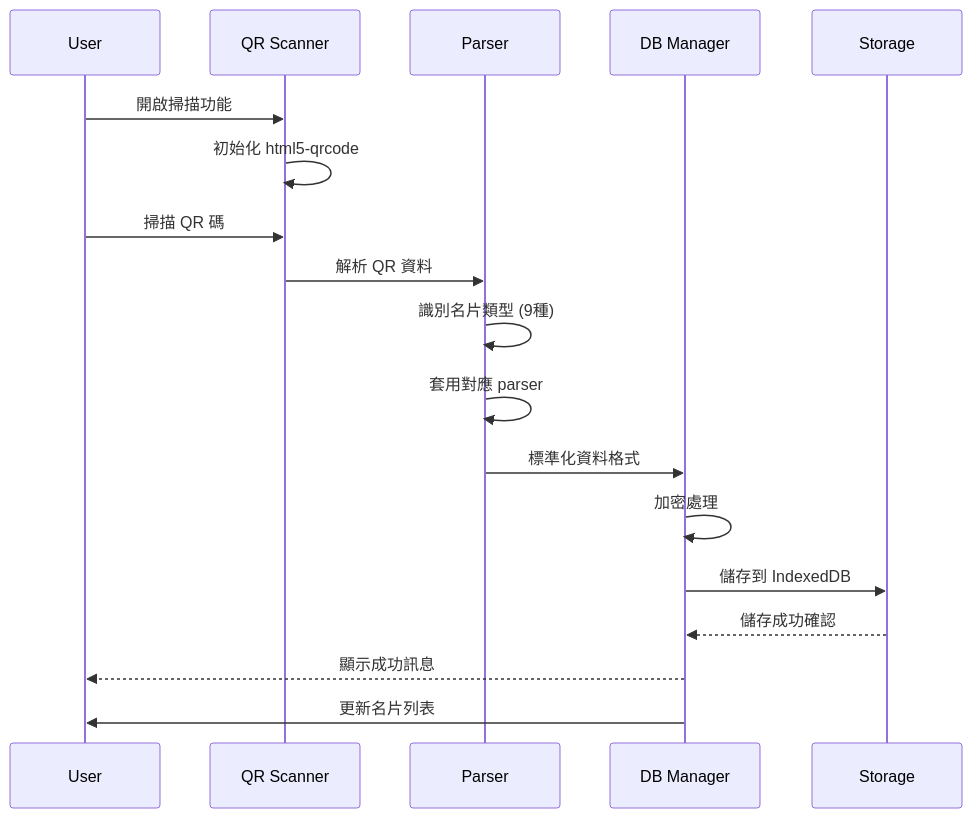
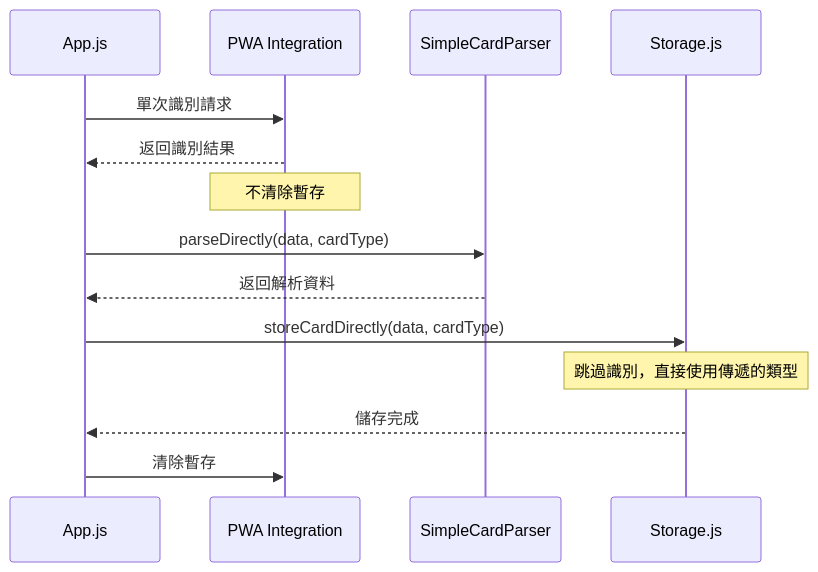
One commit to iim0663418/DB-Card changed the second of 3 diagrams in docs/design.md. Above: the diagram before and after it, drawn with Mermaid. The commit also changed other lines of this file and 61 other files, not shown here.

````diff
--- a/docs/design.md
+++ b/docs/design.md
@@ -575,21 +36,17 @@
 ```mermaid
 sequenceDiagram
-    participant U as User
-    participant Q as QR Scanner
-    participant P as Parser
-    participant D as DB Manager
-    participant S as Storage
-    
-    U->>Q: 開啟掃描功能
-    Q->>Q: 初始化 html5-qrcode
-    U->>Q: 掃描 QR 碼
-    Q->>P: 解析 QR 資料
-    P->>P: 識別名片類型 (9種)
-    P->>P: 套用對應 parser
-    P->>D: 標準化資料格式
-    D->>D: 加密處理
-    D->>S: 儲存到 IndexedDB
-    S-->>D: 儲存成功確認
-    D-->>U: 顯示成功訊息
-    D->>U: 更新名片列表
+    participant App as App.js
+    participant PWA as PWA Integration
+    participant Parser as SimpleCardParser
+    participant Storage as Storage.js
+
+    App->>PWA: 單次識別請求
+    PWA-->>App: 返回識別結果
+    Note over PWA: 不清除暫存
+    App->>Parser: parseDirectly(data, cardType)
+    Parser-->>App: 返回解析資料
+    App->>Storage: storeCardDirectly(data, cardType)
+    Note over Storage: 跳過識別，直接使用傳遞的類型
+    Storage-->>App: 儲存完成
+    App->>PWA: 清除暫存
 ```
````
